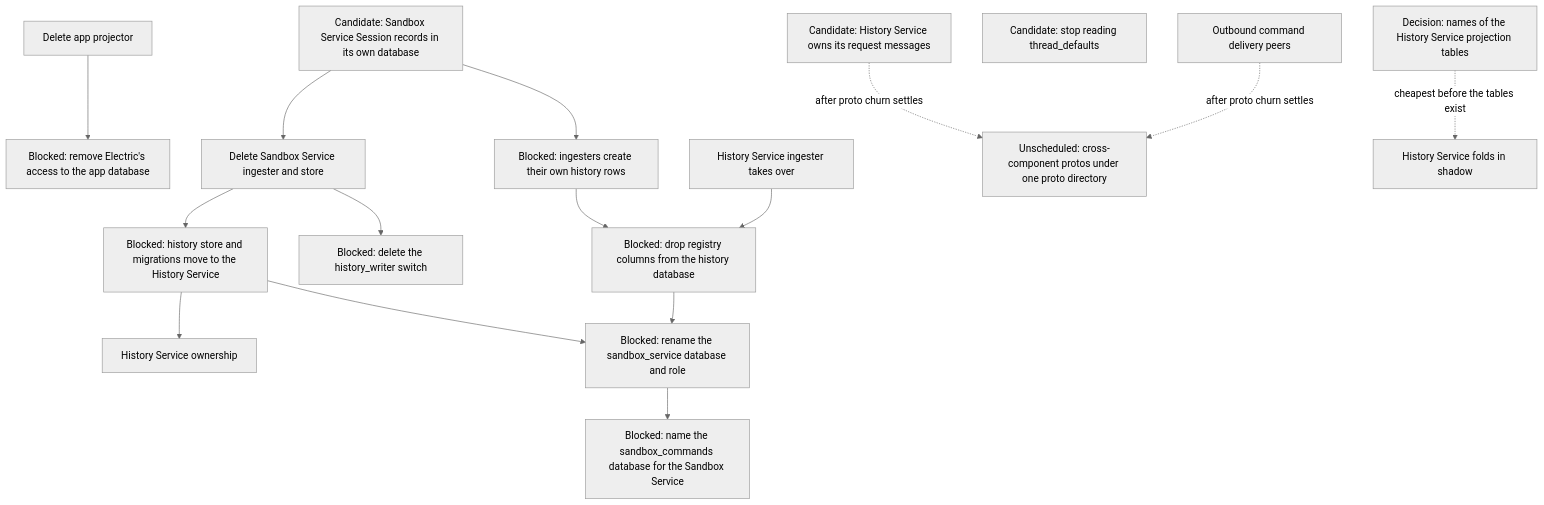
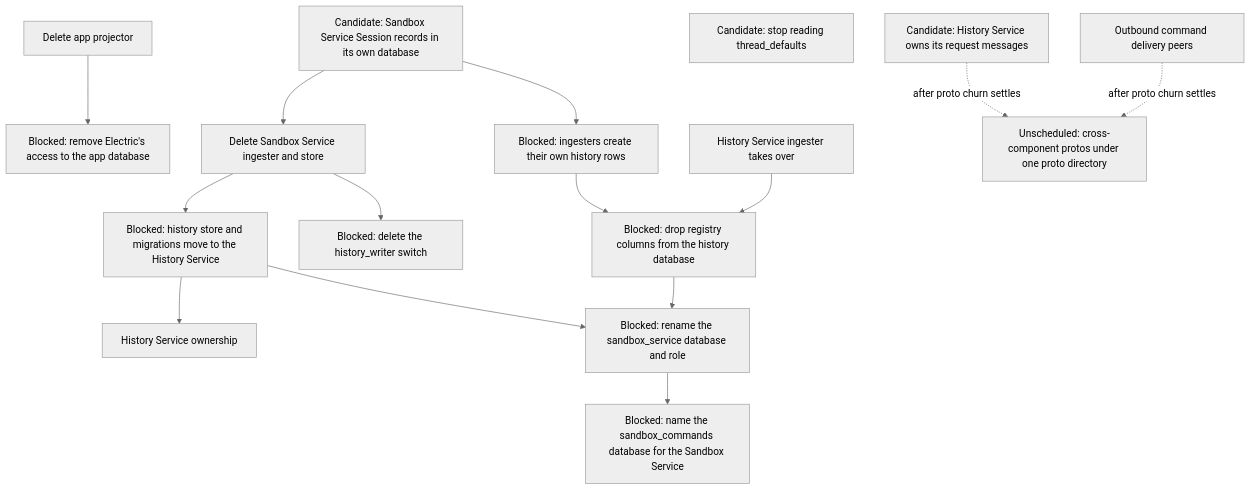
One commit to agentydragon-agent/ducktape changed the tenth of 10 diagrams in agentplane/plans/task_dag.md. Above: the diagram before and after it, drawn with Mermaid (neutral theme). The commit also changed other lines of this file and 42 other files, not shown here.

````diff
--- a/agentplane/plans/task_dag.md
+++ b/agentplane/plans/task_dag.md
@@ -943,35 +943,32 @@
 ```mermaid
 flowchart TD
     SESSION_REGISTRY_MOVE[Candidate: Sandbox Service Session records in its own database]
     SESSION_HISTORY_ROW_FROM_FEED[Blocked: ingesters create their own history rows]
     HISTORY_SESSION_COLUMNS_DROP[Blocked: drop registry columns from the history database]
     HISTORY_STORE_MOVE[Blocked: history store and migrations move to the History Service]
     HISTORY_WRITER_SWITCH_RETIRE[Blocked: delete the history_writer switch]
     HISTORY_DATABASE_RENAME[Blocked: rename the sandbox_service database and role]
     SANDBOX_DATABASE_RENAME[Blocked: name the sandbox_commands database for the Sandbox Service]
     HISTORY_PROTO_OWNERSHIP[Candidate: History Service owns its request messages]
-    HISTORY_PROJECTION_NAMING[Decision: names of the History Service projection tables]
     APP_ELECTRIC_RETIRE[Blocked: remove Electric's access to the app database]
     SANDBOX_BINDING_ANNOTATION_RENAME[Candidate: stop reading thread_defaults]
     PROTO_DIRECTORY[Unscheduled: cross-component protos under one proto directory]
     RUNNER_OUTBOUND_CHANNEL[Outbound command delivery peers]
     HISTORY_WRITE_HANDOFF[History Service ingester takes over]
     SANDBOX_LOCAL_HISTORY_RETIRE[Delete Sandbox Service ingester and store]
-    FOLD_SHADOW[History Service folds in shadow]
     APP_PROJECTOR_RETIRE[Delete app projector]
     HISTORY_SERVICE_OWNERSHIP[History Service ownership]
     SESSION_REGISTRY_MOVE --> SANDBOX_LOCAL_HISTORY_RETIRE
     SESSION_REGISTRY_MOVE --> SESSION_HISTORY_ROW_FROM_FEED
     SESSION_HISTORY_ROW_FROM_FEED --> HISTORY_SESSION_COLUMNS_DROP
     HISTORY_WRITE_HANDOFF --> HISTORY_SESSION_COLUMNS_DROP
     SANDBOX_LOCAL_HISTORY_RETIRE --> HISTORY_STORE_MOVE
     SANDBOX_LOCAL_HISTORY_RETIRE --> HISTORY_WRITER_SWITCH_RETIRE
     HISTORY_STORE_MOVE --> HISTORY_SERVICE_OWNERSHIP
     HISTORY_STORE_MOVE --> HISTORY_DATABASE_RENAME
     HISTORY_SESSION_COLUMNS_DROP --> HISTORY_DATABASE_RENAME
     HISTORY_DATABASE_RENAME --> SANDBOX_DATABASE_RENAME
-    HISTORY_PROJECTION_NAMING -. cheapest before the tables exist .-> FOLD_SHADOW
     APP_PROJECTOR_RETIRE --> APP_ELECTRIC_RETIRE
     HISTORY_PROTO_OWNERSHIP -. after proto churn settles .-> PROTO_DIRECTORY
     RUNNER_OUTBOUND_CHANNEL -. after proto churn settles .-> PROTO_DIRECTORY
 ```
````
